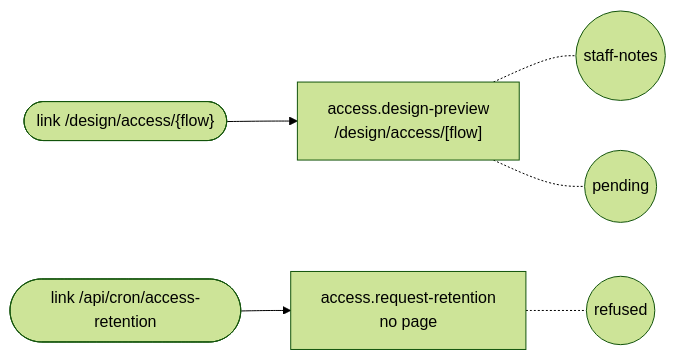
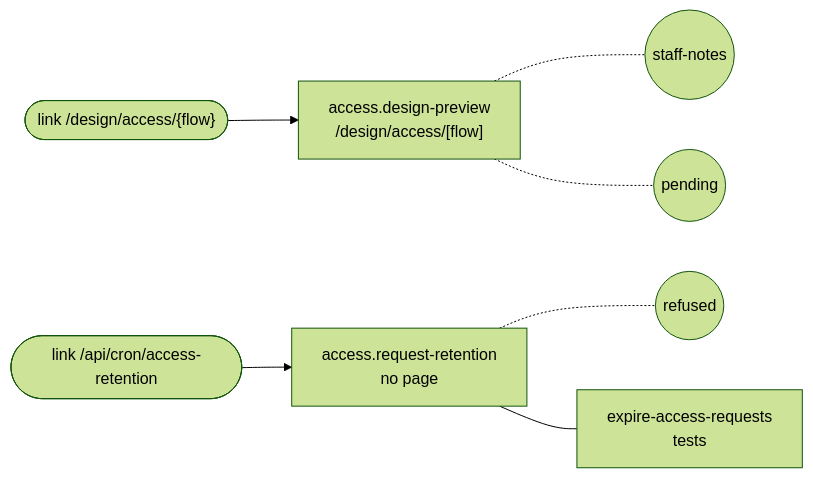
One commit to SebastianGarces/everyfield changed the diagram in docs/feature-maps/access.md. Above: the diagram before and after it, drawn with Mermaid (forest theme). The commit also changed other lines of this file and 6 other files, not shown here.

````diff
--- a/docs/feature-maps/access.md
+++ b/docs/feature-maps/access.md
@@ -6,12 +6,13 @@
 ```mermaid
 flowchart LR
   s0_link0(["link /design/access/{flow}"])
   s1_link0(["link /api/cron/access-retention"])
   s0["access.design-preview<br/>/design/access/[flow]"]
   s0_link0 --> s0
   s0 -.- s0_st0(("staff-notes"))
   s0 -.- s0_st1(("pending"))
   s1["access.request-retention<br/>no page"]
   s1_link0 --> s1
   s1 -.- s1_st0(("refused"))
+  s1 --- s1_b0["expire-access-requests<br/>tests"]
 ```
````
